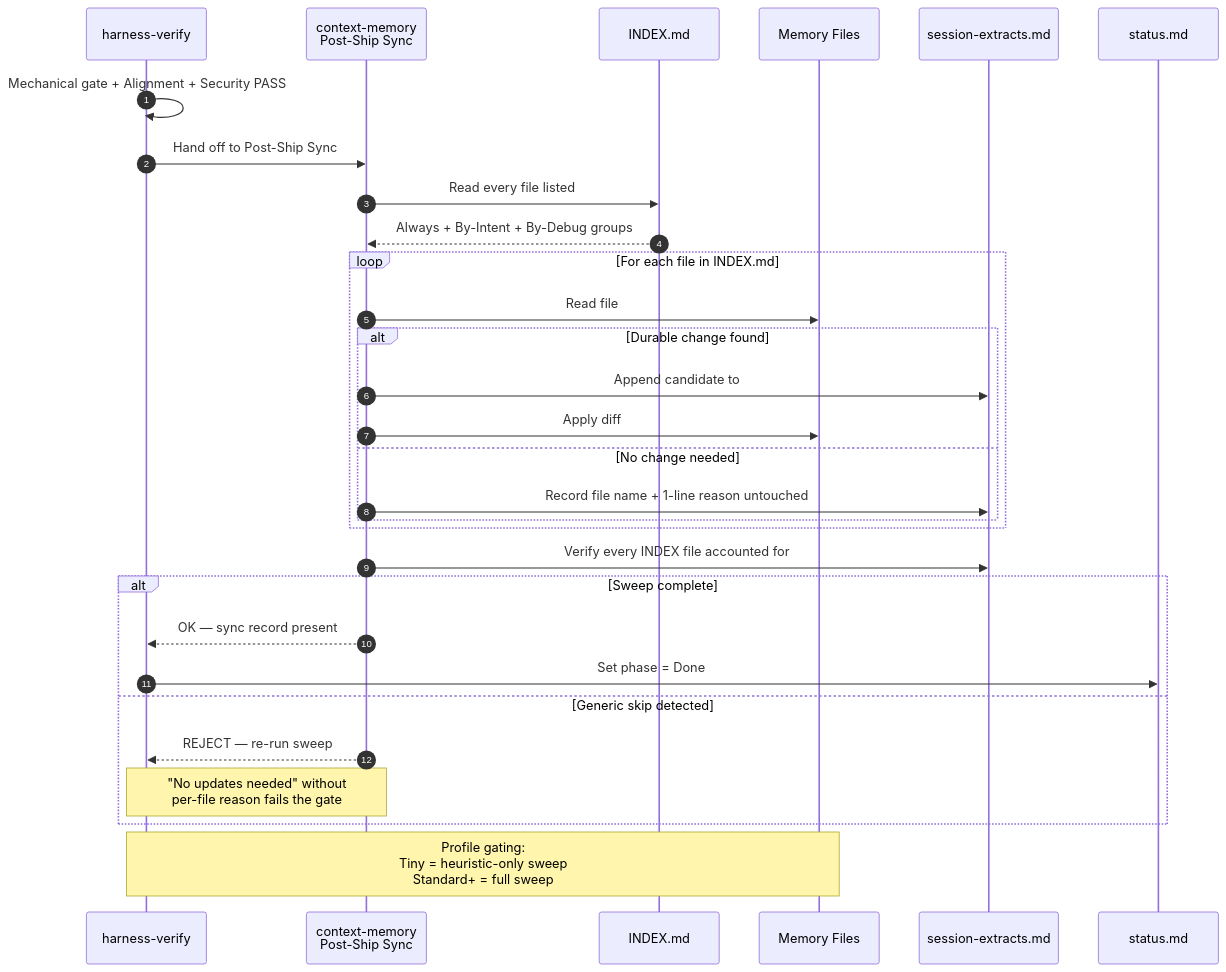
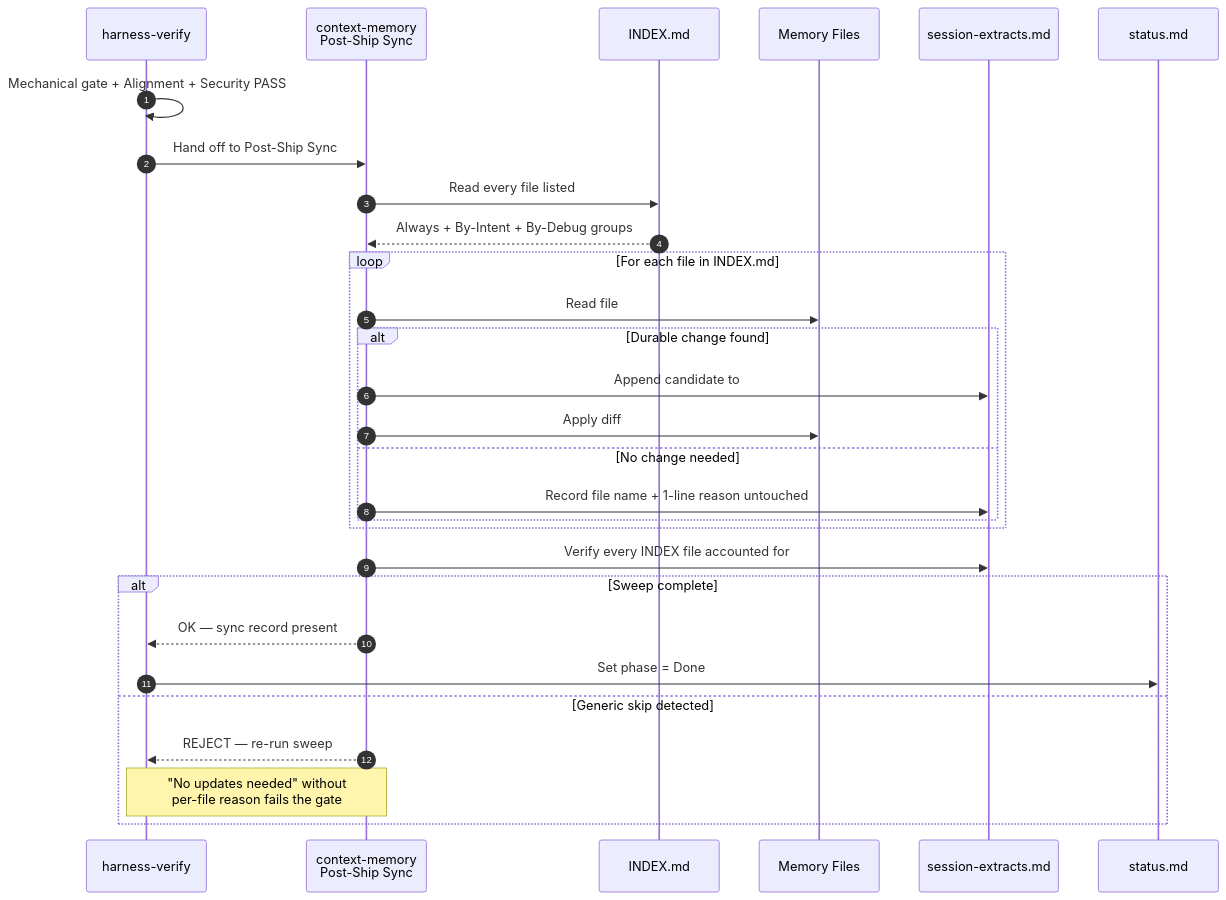
Before and after one commit to thaihai-swe/CoreZero-Nexus: the third of 3 diagrams in documents/memory.md, drawn with Mermaid. The commit also changed other lines of this file and 51 other files, not shown here.

````diff
--- a/documents/memory.md
+++ b/documents/memory.md
@@ -228,34 +225,32 @@
 ```mermaid
 sequenceDiagram
     autonumber
     participant V as harness-verify
     participant M as context-memory<br/>Post-Ship Sync
     participant I as INDEX.md
     participant F as Memory Files
     participant E as session-extracts.md
     participant S as status.md
 
     V->>V: Mechanical gate + Alignment + Security PASS
     V->>M: Hand off to Post-Ship Sync
     M->>I: Read every file listed
     I-->>M: Always + By-Intent + By-Debug groups
     loop For each file in INDEX.md
         M->>F: Read file
         alt Durable change found
             M->>E: Append candidate to ## Post-Ship Sync block
             M->>F: Apply diff
         else No change needed
             M->>E: Record file name + 1-line reason untouched
         end
     end
     M->>E: Verify every INDEX file accounted for
     alt Sweep complete
         M-->>V: OK — sync record present
         V->>S: Set phase = Done
     else Generic skip detected
         M-->>V: REJECT — re-run sweep
         Note over V,M: "No updates needed" without<br/>per-file reason fails the gate
     end
-
-    Note over V,F: Profile gating:<br/>Tiny = heuristic-only sweep<br/>Standard+ = full sweep
 ```
````
